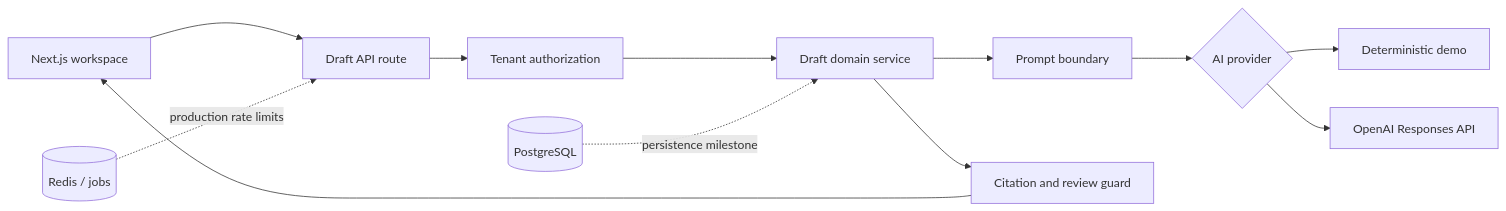
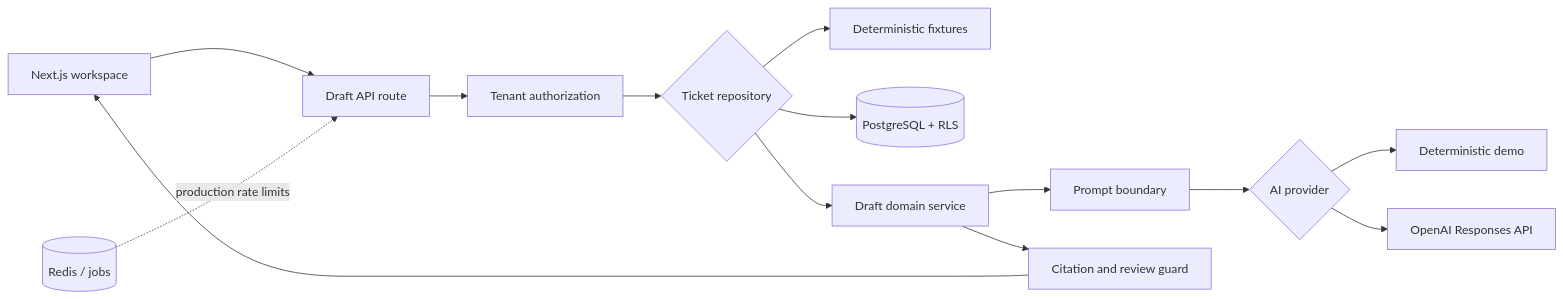
One commit to patbyte/resolveai changed the diagram in README.md. Above: the diagram before and after it, drawn with Mermaid. The commit also changed other lines of this file and 23 other files, not shown here.

Commit message:
Add PostgreSQL tenant isolation (#5)

````diff
--- a/README.md
+++ b/README.md
@@ -34,15 +36,17 @@
 ```mermaid
 flowchart LR
   Browser[Next.js workspace] --> Route[Draft API route]
   Route --> Auth[Tenant authorization]
-  Auth --> Service[Draft domain service]
+  Auth --> Store{Ticket repository}
+  Store --> DemoStore[Deterministic fixtures]
+  Store --> Postgres[(PostgreSQL + RLS)]
+  Store --> Service[Draft domain service]
   Service --> Prompt[Prompt boundary]
   Prompt --> Provider{AI provider}
   Provider --> Demo[Deterministic demo]
   Provider --> OpenAI[OpenAI Responses API]
   Service --> Guard[Citation and review guard]
   Guard --> Browser
 
-  Postgres[(PostgreSQL)] -. persistence milestone .-> Service
   Redis[(Redis / jobs)] -. production rate limits .-> Route
 ```
````
